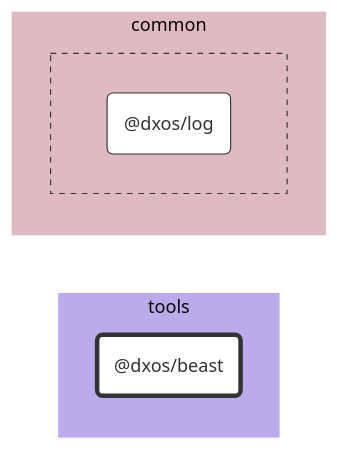
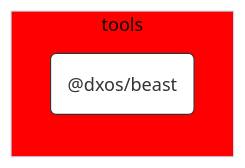
The diagram in tools/beast/docs/README.md (dxos/dxos), drawn with Mermaid (base theme) before and after one commit. The commit also changed 84 other files, not shown here.

````diff
--- a/tools/beast/docs/README.md
+++ b/tools/beast/docs/README.md
@@ -7,38 +7,20 @@
 ```mermaid
 %%{ init: {'flowchart':{'curve':'basis'}} }%%
 
 flowchart LR
 
-%% Links
+%% Classes
+classDef default fill:#fff,stroke:#333,stroke-width:1px
+classDef root2 fill:#fff,stroke:#333,stroke-width:4px
 
-%% Sections
-subgraph tools
-  style tools fill:#bbabed,stroke:#fff;
+%% Nodes
 
-  dxos/beast("@dxos/beast")
+subgraph tools1 [tools]
+  style tools1 fill:red
+  dxos/beast("@dxos/beast"):::root
+  click dxos/beast "dxos/dxos/tree/main/tools/beast/docs"
 end
 
-subgraph common
-  style common fill:#debac2,stroke:#fff;
-
-
-  subgraph common-excluded [ ]
-    style common-excluded fill:#debac2,stroke:#333,stroke-dasharray:5 5;
-
-    dxos/log("@dxos/log")
-  end
-end
-
-
-%% Hyperlinks
-click dxos/log "dxos/dxos/tree/main/packages/common/log/docs";
-
-%% Styles
-classDef rootNode fill:#fff,stroke:#333,stroke-width:4px
-classDef defaultNode fill:#fff,stroke:#333,stroke-width:1px
+%% Links
 linkStyle default stroke:#333,stroke-width:1px
-
-dxos/beast:::rootNode
-
-dxos/log:::defaultNode
 ```
````
